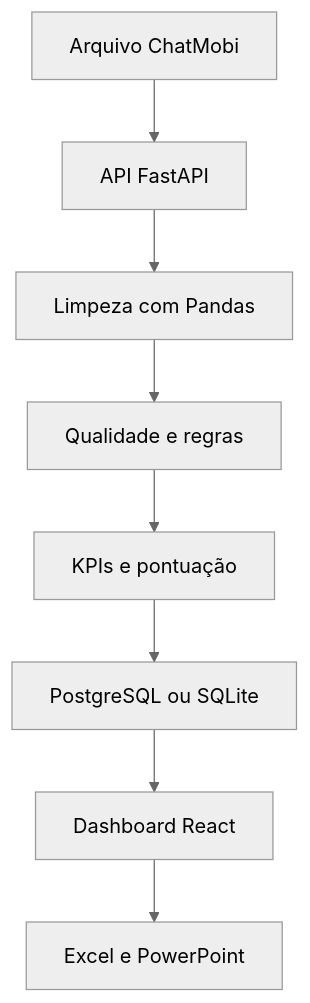
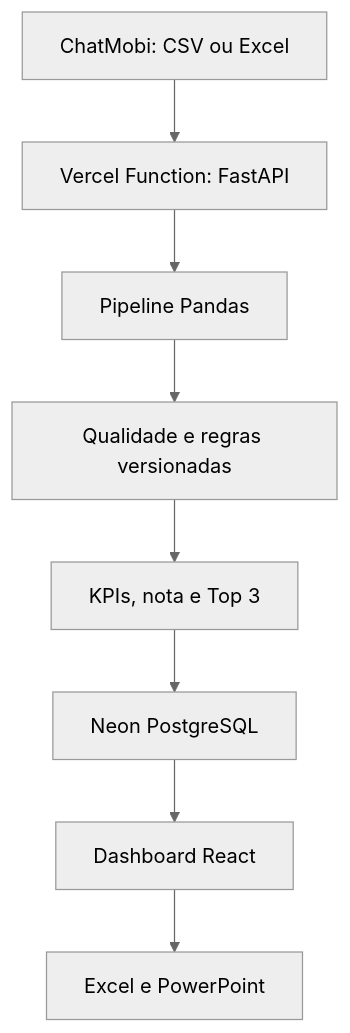
One commit to Pedroferreira32/support-performance-analytics changed the diagram in README.md. Above: the diagram before and after it, drawn with Mermaid (neutral theme). The commit also changed other lines of this file, not shown here.

Commit message:
docs: documenta arquitetura pipeline e regras da premiacao

````diff
--- a/README.md
+++ b/README.md
@@ -31,10 +101,10 @@
 ```mermaid
 flowchart TD
-    A["Arquivo ChatMobi"] --> B["API FastAPI"]
-    B --> C["Limpeza com Pandas"]
-    C --> D["Qualidade e regras"]
-    D --> E["KPIs e pontuação"]
-    E --> F["PostgreSQL ou SQLite"]
+    A["ChatMobi: CSV ou Excel"] --> B["Vercel Function: FastAPI"]
+    B --> C["Pipeline Pandas"]
+    C --> D["Qualidade e regras versionadas"]
+    D --> E["KPIs, nota e Top 3"]
+    E --> F["Neon PostgreSQL"]
     F --> G["Dashboard React"]
     G --> H["Excel e PowerPoint"]
 ```
````
